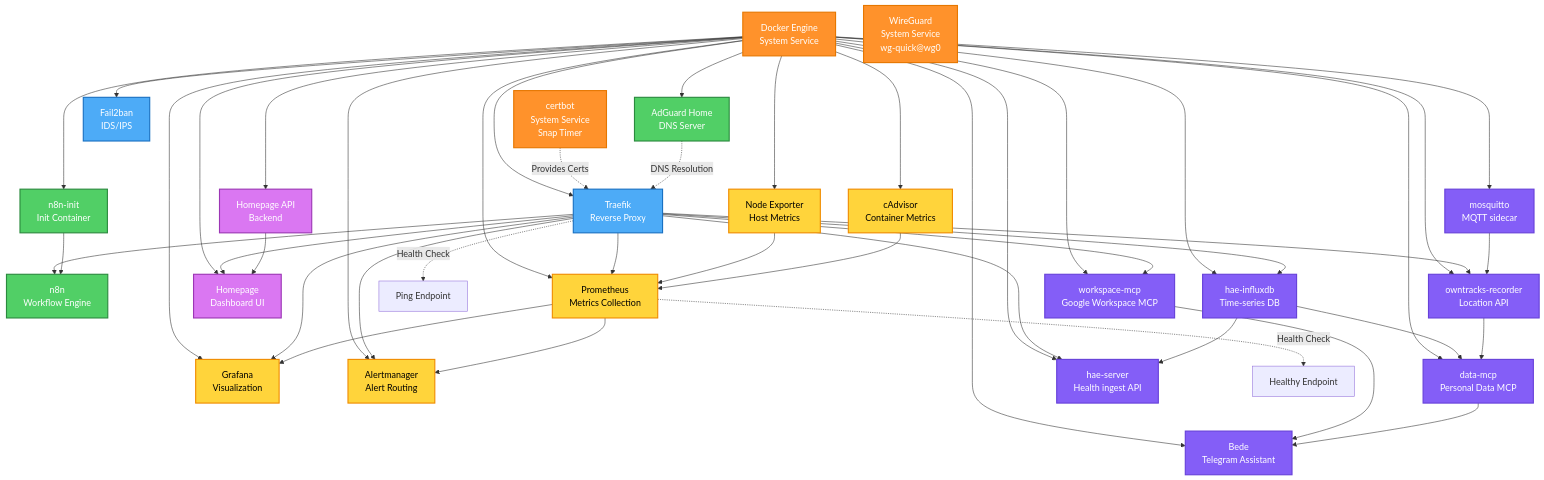
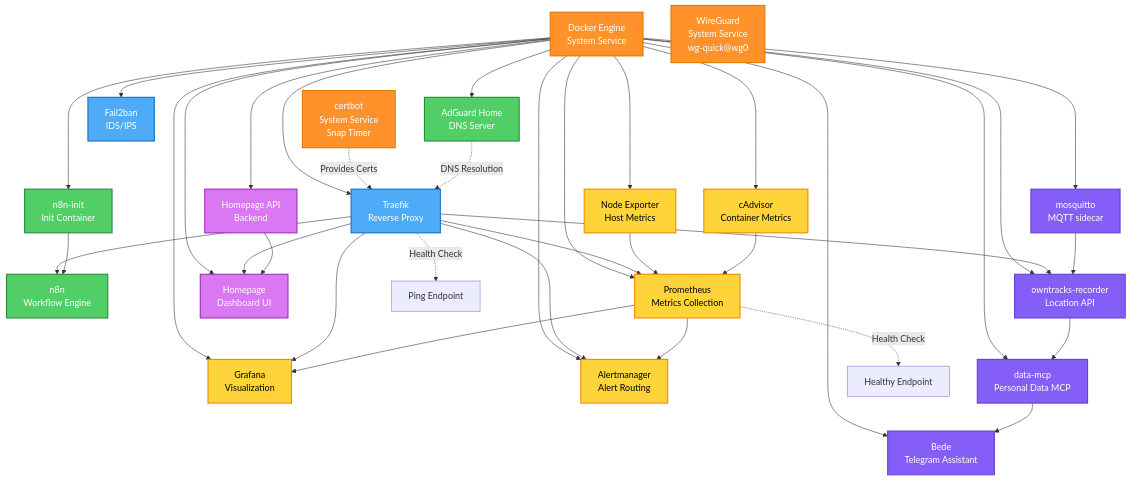
One commit to josephradford/home-server-stack changed the third of 5 diagrams in ARCHITECTURE.md. Above: the diagram before and after it, drawn with Mermaid. The commit also changed other lines of this file and 5 other files, not shown here.

First line of the commit message:
chore: remove stale health, workspace-mcp, and monolith bede references

````diff
--- a/ARCHITECTURE.md
+++ b/ARCHITECTURE.md
@@ -382,21 +359,15 @@
     Homepage["Homepage
     Dashboard UI"]
 
-    %% AI / data / health / location services
+    %% AI / data / location services
     Bede["Bede
     Telegram Assistant"]
-    WorkspaceMCP["workspace-mcp
-    Google Workspace MCP"]
     DataMCP["data-mcp
     Personal Data MCP"]
     OwnTracks["owntracks-recorder
     Location API"]
     Mosquitto["mosquitto
     MQTT sidecar"]
-    HAEServer["hae-server
-    Health ingest API"]
-    InfluxDB["hae-influxdb
-    Time-series DB"]
 
     %% Dependencies
     Docker --> Traefik
@@ -411,22 +382,16 @@
     Docker --> HomepageAPI
     Docker --> Homepage
     Docker --> Bede
-    Docker --> WorkspaceMCP
     Docker --> DataMCP
     Docker --> OwnTracks
     Docker --> Mosquitto
-    Docker --> HAEServer
-    Docker --> InfluxDB
 
     Traefik --> N8N
     Traefik --> Grafana
     Traefik --> Prometheus
     Traefik --> Alertmanager
     Traefik --> Homepage
-    Traefik --> WorkspaceMCP
     Traefik --> OwnTracks
-    Traefik --> HAEServer
-    Traefik --> InfluxDB
 
     N8NInit --> N8N
 
@@ -437,10 +402,7 @@
 
     HomepageAPI --> Homepage
     Mosquitto --> OwnTracks
-    InfluxDB --> HAEServer
-    InfluxDB --> DataMCP
     OwnTracks --> DataMCP
-    WorkspaceMCP --> Bede
     DataMCP --> Bede
 
     Certbot -.->|Provides Certs| Traefik
@@ -462,5 +424,5 @@
     class AdGuard,N8NInit,N8N core
     class Prometheus,NodeExporter,CAdvisor,Grafana,Alertmanager monitoring
     class HomepageAPI,Homepage dashboard
-    class Bede,WorkspaceMCP,DataMCP,OwnTracks,Mosquitto,HAEServer,InfluxDB ai
+    class Bede,DataMCP,OwnTracks,Mosquitto ai
 ```
````
